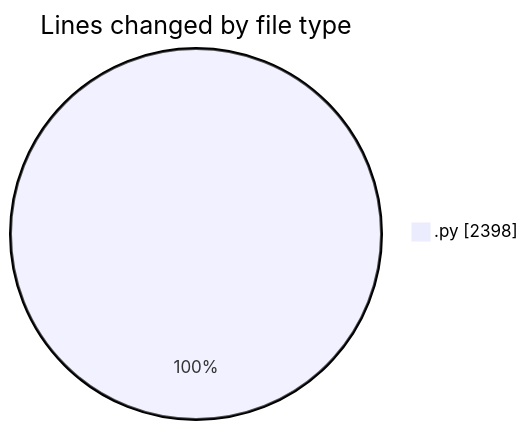
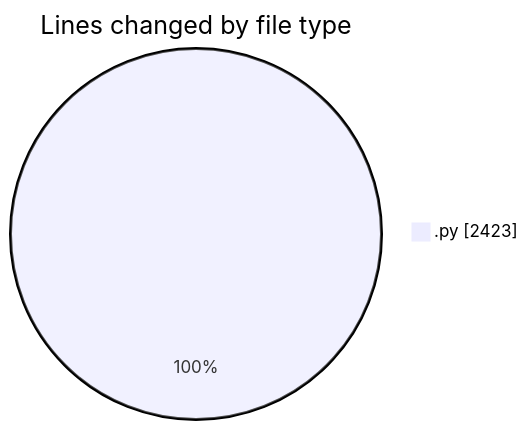
The first of 2 diagrams in 2026-01-11/dsa/README.md (Ritupan-Deka/code-tracking), drawn with Mermaid before and after one commit. The commit also changed other lines of this file and 1 other file, not shown here.

````diff
--- a/2026-01-11/dsa/README.md
+++ b/2026-01-11/dsa/README.md
@@ -20,5 +20,5 @@
 ```mermaid
 pie showData
 title Lines changed by file type
-".py" : 2398
+".py" : 2423
 ```
````
